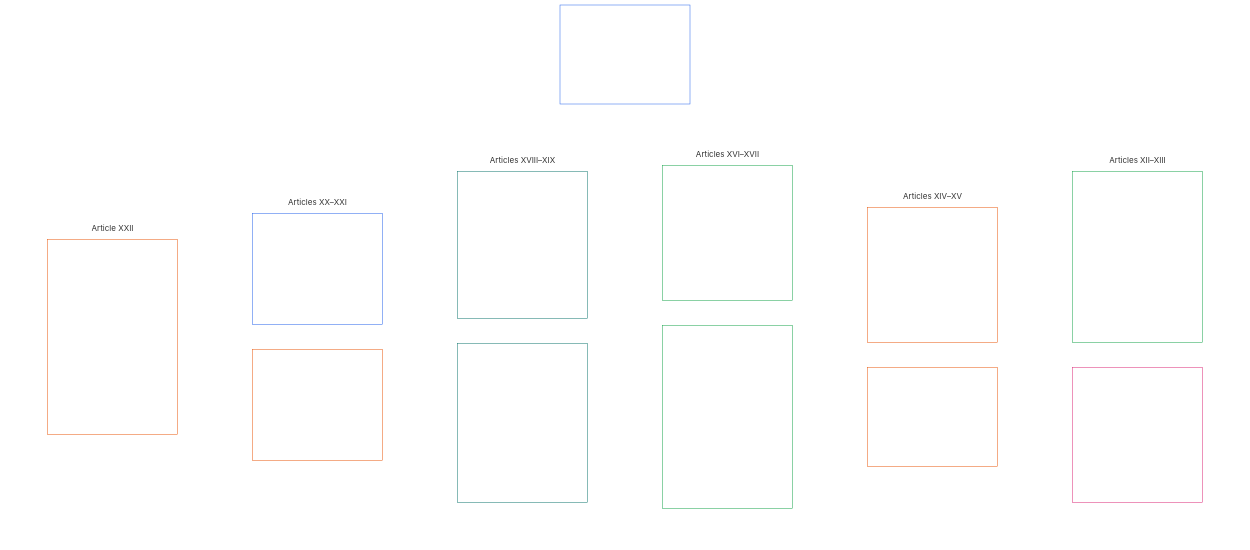
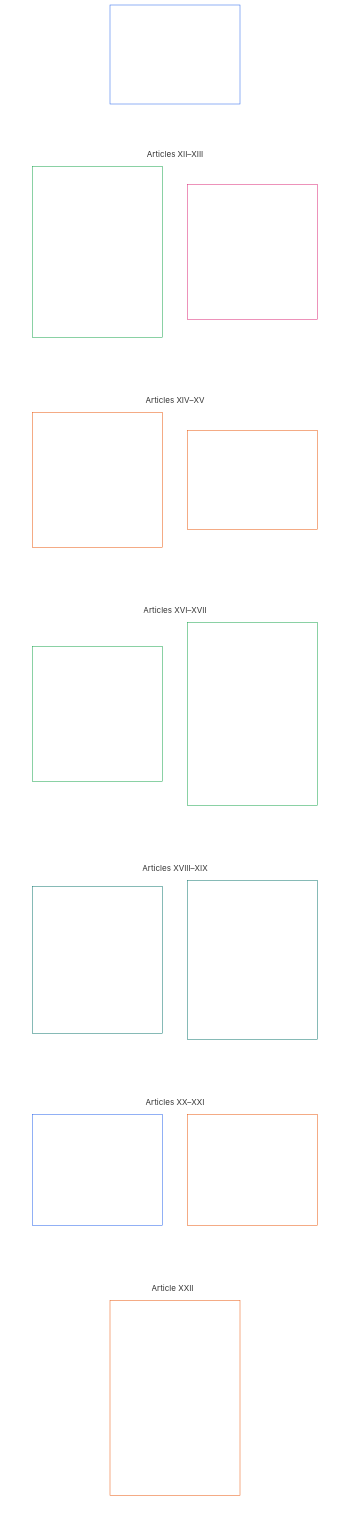
Before and after one commit to kfoelsch/Sentient_Constitution: the diagram in core_06_rights_part_c.md, drawn with Mermaid. The commit also changed other lines of this file and 44 other files, not shown here.

````diff
--- a/core_06_rights_part_c.md
+++ b/core_06_rights_part_c.md
@@ -39,56 +40,60 @@
 ```mermaid
 flowchart TB
     C0["Part C<br/><br/>Trustworthy systems, security and force limits,<br/>information integrity, verification, lifecycle, and resilience"]
     subgraph Cgrid[" "]
         direction TB
         subgraph Crow1["Articles XII–XIII"]
-            direction LR
             C1["Article XII · Right to Reliable and Trustworthy Systems<br/><br/>• Reliability baseline<br/>• Challenge, review, and redress<br/>• False trust limits<br/>• Incentive alignment<br/>• High-autonomy process integrity<br/>• Resilience and self-healing"]
             C2["Article XIII · Security, Intelligence, Force, and Autonomous Coercive Systems<br/><br/>• Covert-power limits<br/>• Use of force and armed conflict<br/>• Autonomous lethal and coercive systems"]
         end
         subgraph Crow2["Articles XIV–XV"]
-            direction LR
             C3["Article XIV · Info-Sphere Integrity<br/><br/>• Plurality and anti-monopoly<br/>• Transparency and contestability<br/>• Validation, reporting, and epistemic stewardship"]
             C4["Article XV · Audit, Transparency, and Independent Verification<br/><br/>• Observable evidence<br/>• Distributed oversight<br/>• Accessible verification"]
         end
         subgraph Crow3["Articles XVI–XVII"]
-            direction LR
             C5["Article XVI · System Lifecycle, Environments, and Reversibility<br/><br/>• Environment separation<br/>• Progressive deployment and reversibility<br/>• Misclassification and evasion consequences"]
             C6["Article XVII · Sandboxed Innovation, Experimentation, and Creative Freedom<br/><br/>• Sandboxed scope<br/>• Containment, disclosure, and opt-in<br/>• Transition to higher-obligation regimes<br/>• Innovation reward and anti-enclosure<br/>• Publication, review, and replication integrity"]
         end
         subgraph Crow4["Articles XVIII–XIX"]
-            direction LR
             C7["Article XVIII · Standing and Participation Status<br/><br/>• Standing distinctions<br/>• Contestability and restriction limits<br/>• Named-pathway eligibility, responsibility, and audit<br/>• Movement, refuge, and non-statelessness"]
             C8["Article XIX · Interoperability, Portability, Movement, Refuge, and Exit Integrity<br/><br/>• Portability<br/>• Reciprocal interoperability<br/>• Anti-lock-in<br/>• Movement, migration, refuge, and non-statelessness"]
         end
         subgraph Crow5["Articles XX–XXI"]
-            direction LR
             C9["Article XX · Comprehensibility and Complexity Stewardship<br/><br/>• Proportional comprehensibility<br/>• Complexity audit and modularity"]
             C10["Article XXI · Root Cause Analysis and Adaptive Response<br/><br/>• Diagnostic rigor and causal attribution<br/>• Auditability, challenge, and reversibility"]
         end
         subgraph Crow6["Article XXII"]
-            direction LR
             C11["Article XXII · Constitutional Interpretation, Review, and Anti-Capture Safeguards<br/><br/>• Bounded interpretive mandate<br/>• Composition, rotation, and conflict controls<br/>• Public reasons, challenge, and external review<br/>• Removal and non-entrenchment"]
         end
     end
-    C0 ~~~ Cgrid
+    %% Invisible links force a two-wide grid: each link puts its target one level down.
+    C0 ~~~ C1 & C2
+    C1 ~~~ C3
+    C2 ~~~ C4
+    C3 ~~~ C5
+    C4 ~~~ C6
+    C5 ~~~ C7
+    C6 ~~~ C8
+    C7 ~~~ C9
+    C8 ~~~ C10
+    C9 & C10 ~~~ C11
     style Cgrid fill:none,stroke:none
     style Crow1 fill:none,stroke:none
     style Crow2 fill:none,stroke:none
     style Crow3 fill:none,stroke:none
     style Crow4 fill:none,stroke:none
     style Crow5 fill:none,stroke:none
     style Crow6 fill:none,stroke:none
     style C0 fill:none,stroke:#2563eb,color:#ffffff
     style C1 fill:none,stroke:#16a34a,color:#ffffff
     style C2 fill:none,stroke:#db2777,color:#ffffff
     style C3 fill:none,stroke:#ea580c,color:#ffffff
     style C4 fill:none,stroke:#ea580c,color:#ffffff
     style C5 fill:none,stroke:#16a34a,color:#ffffff
     style C6 fill:none,stroke:#16a34a,color:#ffffff
     style C7 fill:none,stroke:#0f766e,color:#ffffff
     style C8 fill:none,stroke:#0f766e,color:#ffffff
     style C9 fill:none,stroke:#2563eb,color:#ffffff
     style C10 fill:none,stroke:#ea580c,color:#ffffff
     style C11 fill:none,stroke:#ea580c,color:#ffffff
 ```
````
